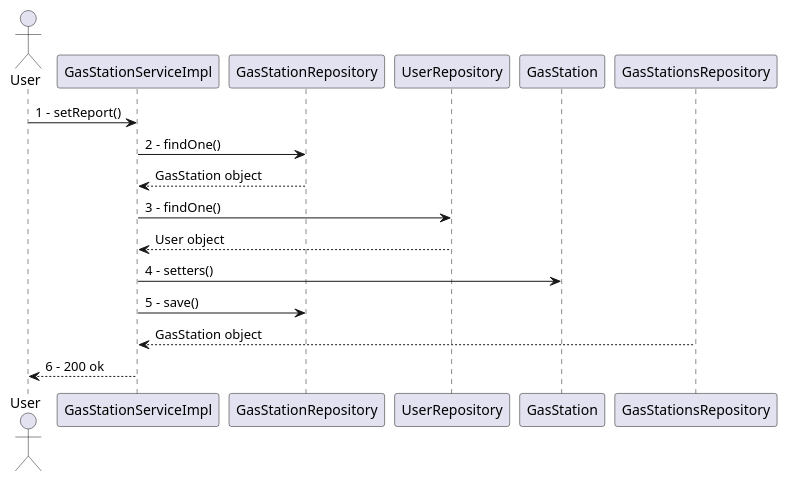
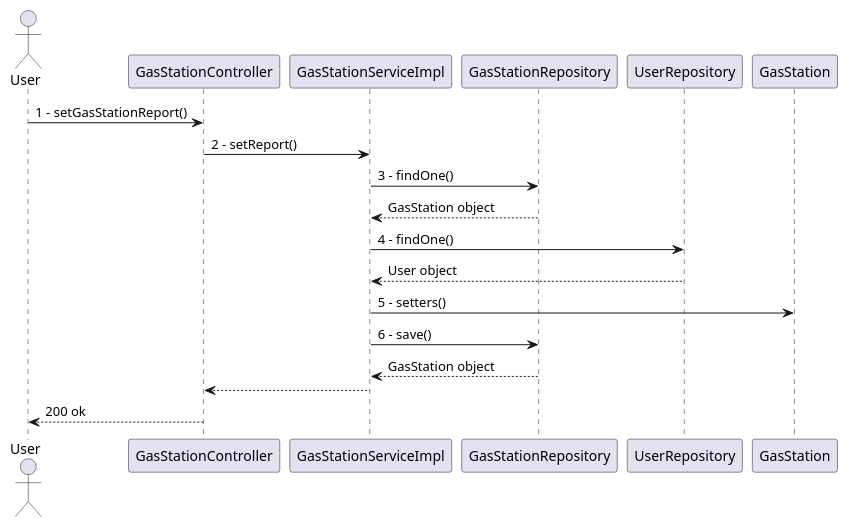
One commit to polito-se2-2020-team6/ezgas changed diagram 11 of 15 in docs/DesignDocument.md. Above: the diagram before and after it, drawn with PlantUML. The commit also changed other lines of this file, not shown here.

Commit message:
docs: revised sequence diagrams

````diff
--- a/docs/DesignDocument.md
+++ b/docs/DesignDocument.md
@@ -556,14 +562,16 @@
 ```plantuml
 @startuml
 actor User as u
-u -> GasStationServiceImpl : 1 - setReport()
-GasStationServiceImpl -> GasStationRepository : 2 - findOne()
-GasStationRepository --> GasStationServiceImpl : GasStation object
-GasStationServiceImpl -> UserRepository : 3 - findOne()
-UserRepository --> GasStationServiceImpl : User object
-GasStationServiceImpl -> GasStation : 4 - setters()
-GasStationServiceImpl -> GasStationRepository : 5 - save()
-GasStationsRepository --> GasStationServiceImpl :GasStation object
-GasStationServiceImpl --> u : 6 - 200 ok
+u -> GasStationController :1 - setGasStationReport()
+GasStationController -> GasStationServiceImpl :2 - setReport()
+GasStationServiceImpl -> GasStationRepository :3 - findOne()
+GasStationRepository --> GasStationServiceImpl :GasStation object
+GasStationServiceImpl -> UserRepository :4 - findOne()
+UserRepository --> GasStationServiceImpl :User object
+GasStationServiceImpl -> GasStation :5 - setters()
+GasStationServiceImpl -> GasStationRepository : 6 - save()
+GasStationRepository --> GasStationServiceImpl :GasStation object
+GasStationServiceImpl --> GasStationController
+GasStationController --> u :200 ok
 @enduml
 ```
````
